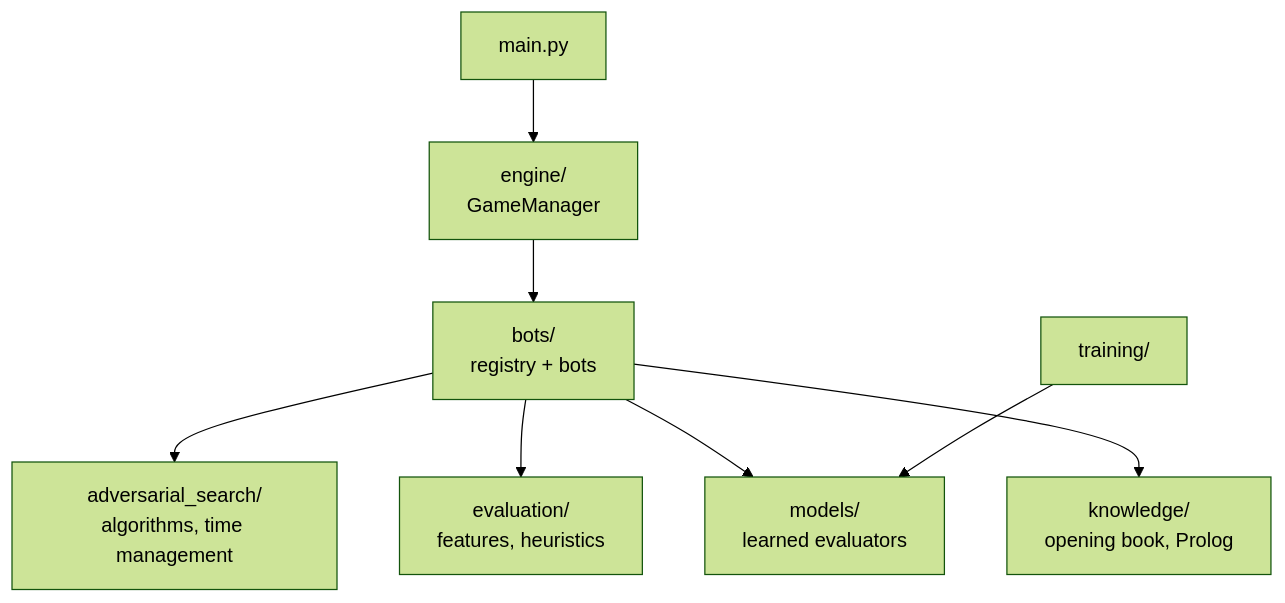
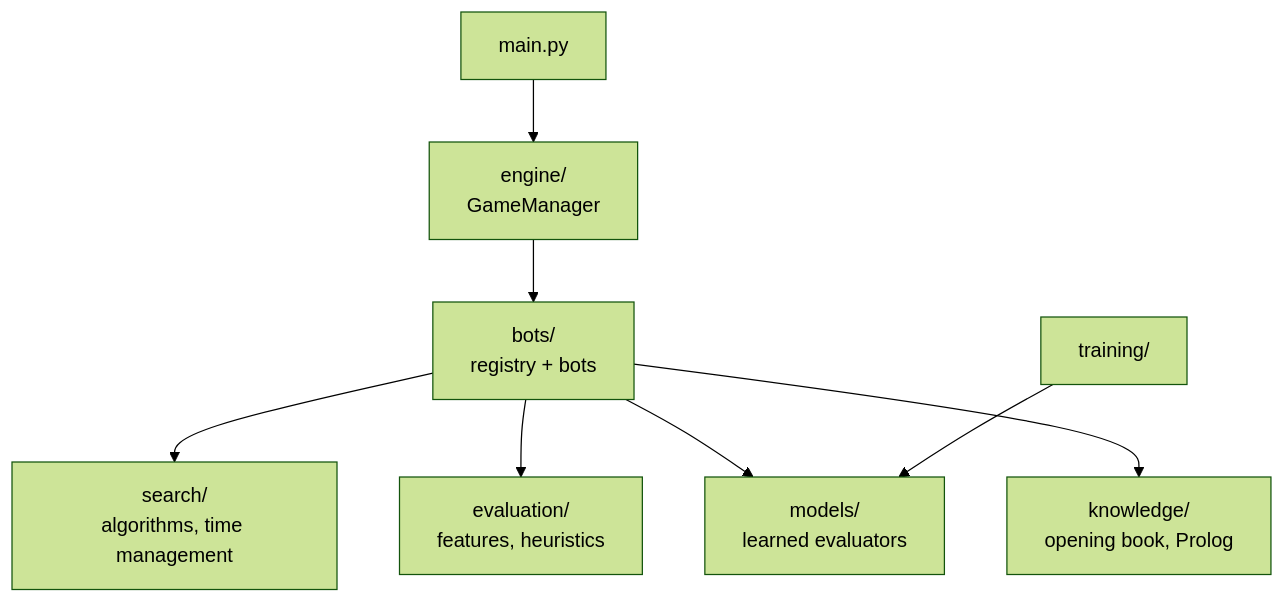
Before and after one commit to JoaquinDeVA/chess-ai-engine: the first of 2 diagrams in README.md, drawn with Mermaid (forest theme). The commit also changed other lines of this file and 93 other files, not shown here.

````diff
--- a/README.md
+++ b/README.md
@@ -53,10 +53,10 @@
 ```mermaid
 flowchart TB
     CLI["main.py"] --> GM["engine/<br/>GameManager"]
     GM --> REG["bots/<br/>registry + bots"]
-    REG --> SEARCH["adversarial_search/<br/>algorithms, time management"]
+    REG --> SEARCH["search/<br/>algorithms, time management"]
     REG --> EVAL["evaluation/<br/>features, heuristics"]
     REG --> MODELS["models/<br/>learned evaluators"]
     REG --> KNOW["knowledge/<br/>opening book, Prolog"]
     TRAIN["training/"] --> MODELS
 ```
````
